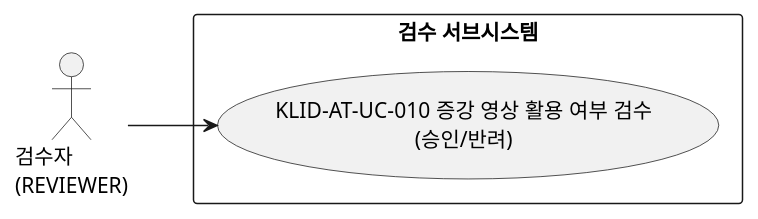
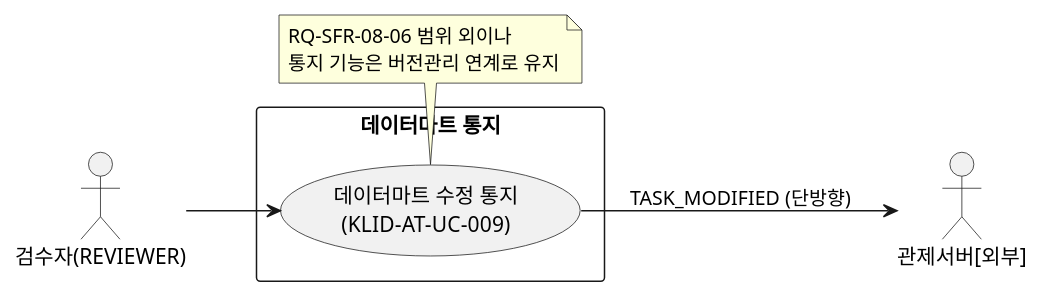
The fifth of 5 diagrams in docs/design/R2-유스케이스명세서.md (New-stella/klid-label), drawn with PlantUML before and after one commit. The commit also changed other lines of this file, not shown here.

````diff
--- a/docs/design/R2-유스케이스명세서.md
+++ b/docs/design/R2-유스케이스명세서.md
@@ -149,12 +136,13 @@
 ```plantuml
 @startuml
 left to right direction
-actor "검수자\n(REVIEWER)" as REVIEWER
-
-rectangle "검수 서브시스템" {
-  usecase "KLID-AT-UC-010 증강 영상 활용 여부 검수\n(승인/반려)" as UC010
+actor "검수자(REVIEWER)" as REV
+actor "관제서버[외부]" as CTRL
+rectangle "데이터마트 통지" {
+  usecase "데이터마트 수정 통지\n(KLID-AT-UC-009)" as UC9
 }
-
-REVIEWER --> UC010
+REV --> UC9
+UC9 --> CTRL : TASK_MODIFIED (단방향)
+note bottom of UC9 : RQ-SFR-08-06 범위 외이나\n통지 기능은 버전관리 연계로 유지
 @enduml
 ```
````
